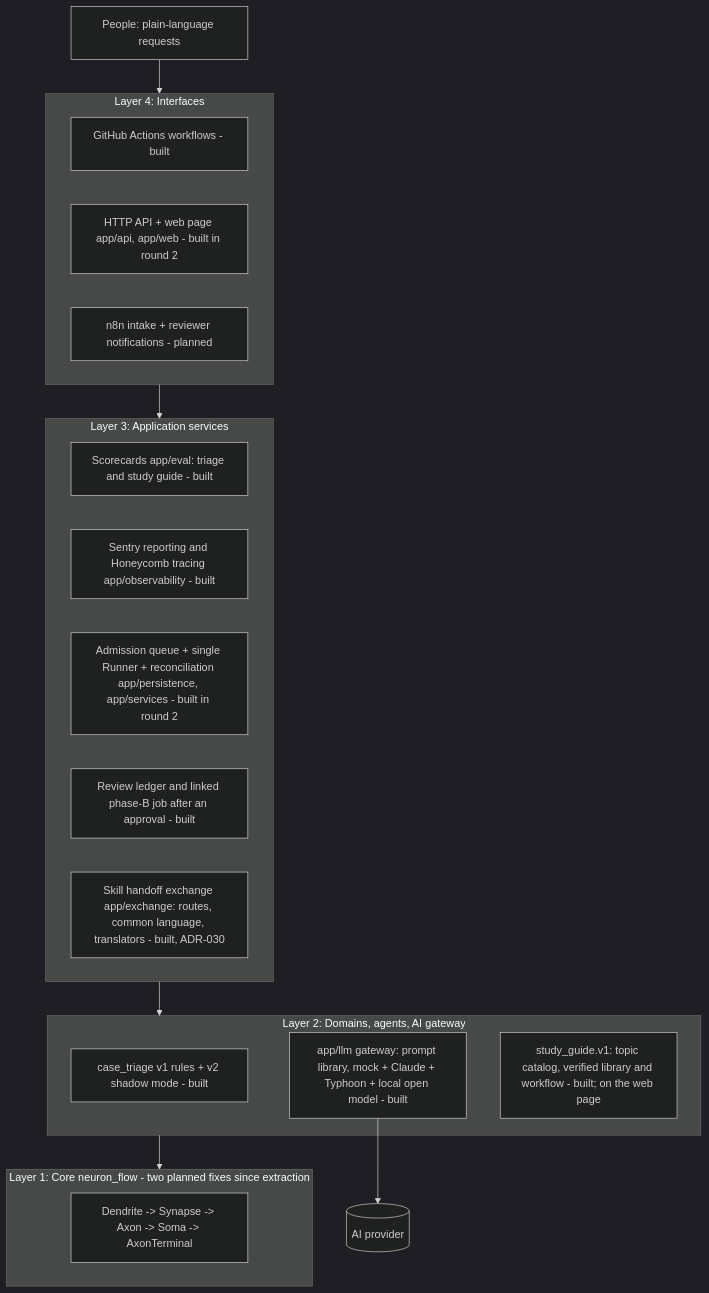
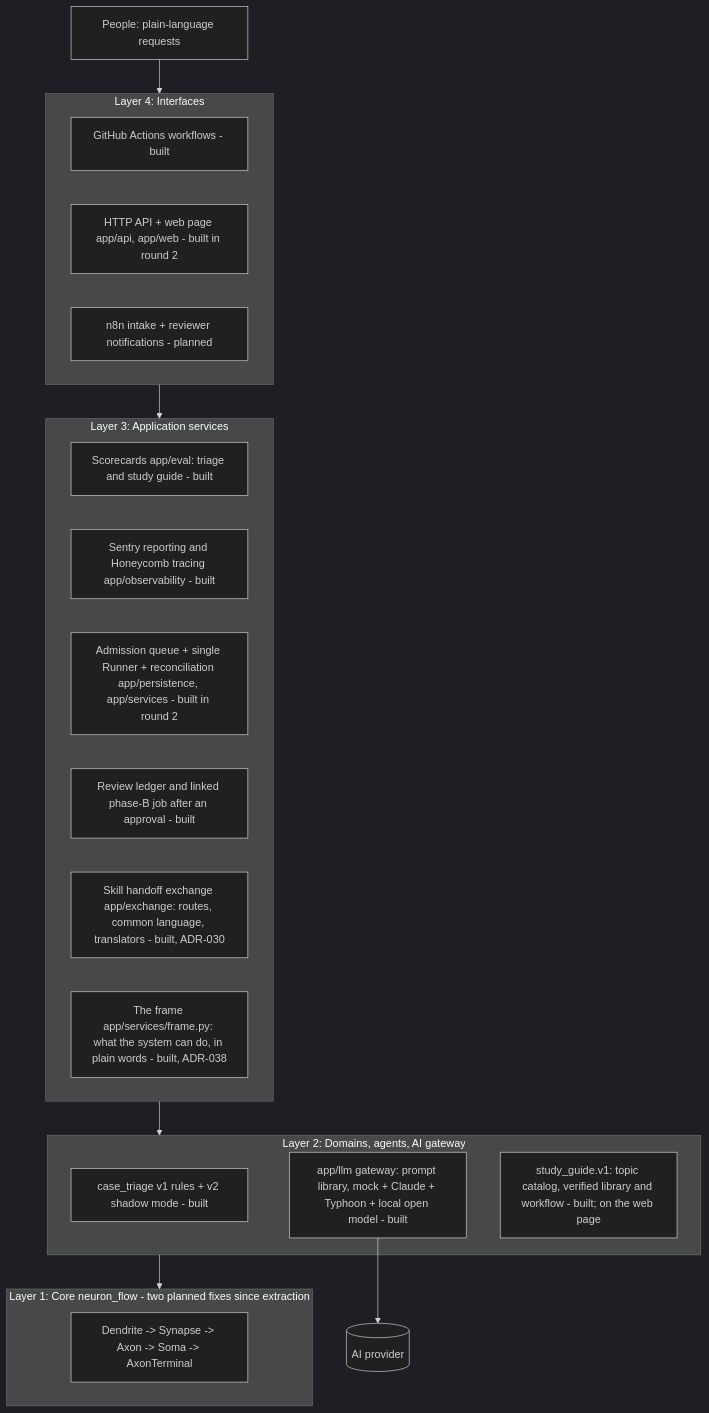
One commit to narongdetpyou-ux/System_Neuron_flow_AI changed the diagram in docs/architecture.md. Above: the diagram before and after it, drawn with Mermaid (dark theme). The commit also changed other lines of this file and 20 other files, not shown here.

````diff
--- a/docs/architecture.md
+++ b/docs/architecture.md
@@ -24,26 +24,27 @@
 ```mermaid
 flowchart TD
     U[People: plain-language requests] --> L4
     subgraph L4[Layer 4: Interfaces]
       GH[GitHub Actions workflows - built]
       API[HTTP API + web page app/api, app/web - built in round 2]
       N8N[n8n intake + reviewer notifications - planned]
     end
     subgraph L3[Layer 3: Application services]
       EV[Scorecards app/eval: triage and study guide - built]
       OBS[Sentry reporting and Honeycomb tracing app/observability - built]
       Q[Admission queue + single Runner + reconciliation app/persistence, app/services - built in round 2]
       REV[Review ledger and linked phase-B job after an approval - built]
       EX[Skill handoff exchange app/exchange: routes, common language, translators - built, ADR-030]
+      FR[The frame app/services/frame.py: what the system can do, in plain words - built, ADR-038]
     end
     subgraph L2[Layer 2: Domains, agents, AI gateway]
       TRI[case_triage v1 rules + v2 shadow mode - built]
       LLM[app/llm gateway: prompt library, mock + Claude + Typhoon + local open model - built]
       SG[study_guide.v1: topic catalog, verified library and workflow - built; on the web page]
     end
     subgraph L1[Layer 1: Core neuron_flow - two planned fixes since extraction]
       CORE[Dendrite -> Synapse -> Axon -> Soma -> AxonTerminal]
     end
     L4 --> L3 --> L2 --> L1
     LLM --> P[(AI provider)]
 ```
````
